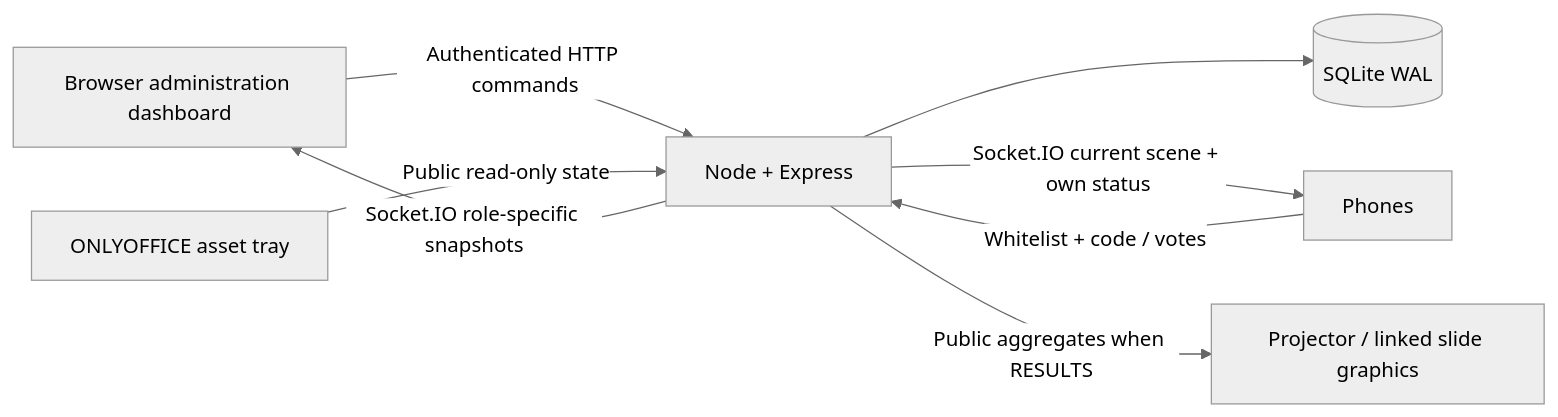
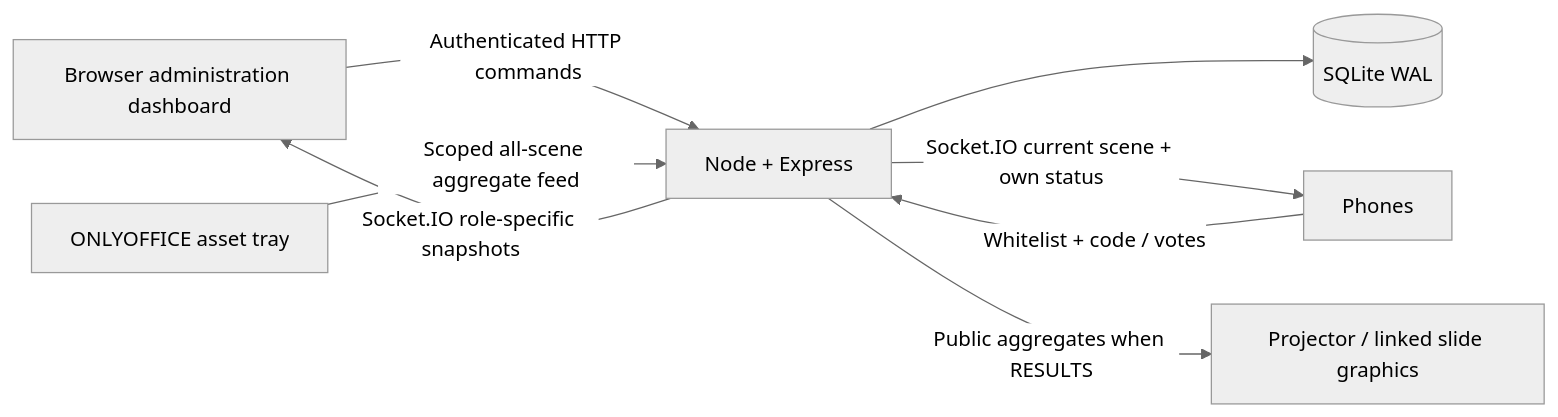
One commit to Q-SiO2/onlyoffice-plugin changed the diagram in README.md. Above: the diagram before and after it, drawn with Mermaid (neutral theme). The commit also changed other lines of this file and 22 other files, not shown here.

Commit message:
Restore editor login, all-scene live assets and confirmed rehearsal resets

````diff
--- a/README.md
+++ b/README.md
@@ -44,10 +44,10 @@
 ```mermaid
 flowchart LR
   O[Browser administration dashboard] -->|Authenticated HTTP commands| B[Node + Express]
-  E[ONLYOFFICE asset tray] -->|Public read-only state| B
+  E[ONLYOFFICE asset tray] -->|Scoped all-scene aggregate feed| B
   P[Phones] -->|Whitelist + code / votes| B
   B --> D[(SQLite WAL)]
   B -->|Socket.IO role-specific snapshots| O
   B -->|Socket.IO current scene + own status| P
   B -->|Public aggregates when RESULTS| R[Projector / linked slide graphics]
 ```
````
